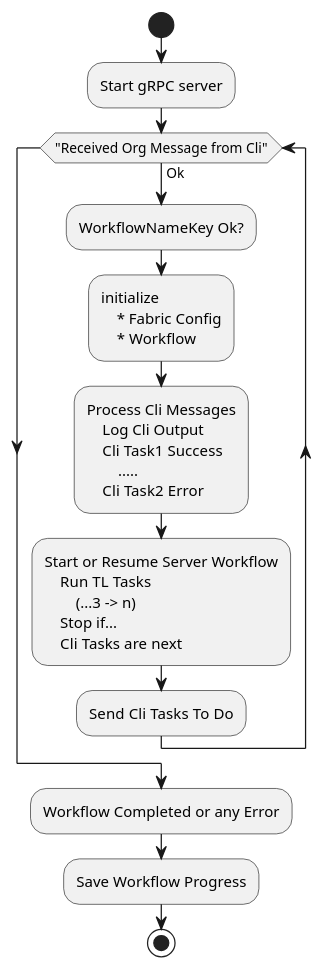
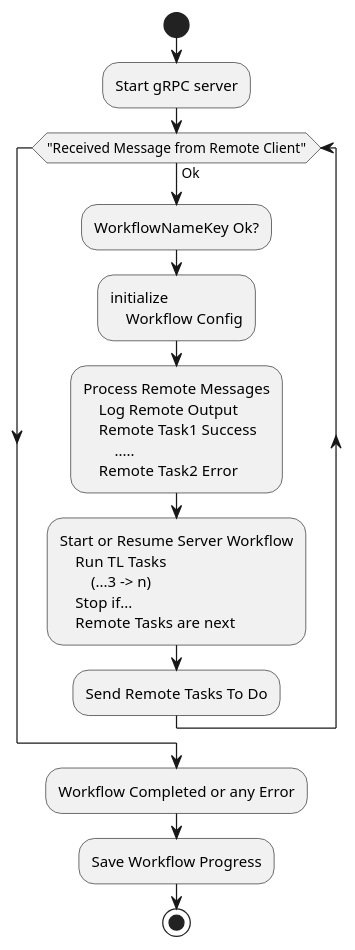
Before and after one commit to blewater/boxed: the diagram in docs/serverworkflow.puml, drawn with PlantUML. The commit also changed 8 other files, not shown here.

Commit message:
Cli to Remote, Puml edits

```diff
--- a/docs/serverworkflow.puml
+++ b/docs/serverworkflow.puml
@@ -1,32 +1,31 @@
 @startuml
 start
 :Start gRPC server;
 
-while ("Received Org Message from Cli") is (Ok)
+while ("Received Message from Remote Client") is (Ok)
     :WorkflowNameKey Ok?;
 
     :initialize
-        * Fabric Config
-        * Workflow;
+        Workflow Config;
 
-    :Process Cli Messages
-        Log Cli Output
-        Cli Task1 Success
+    :Process Remote Messages
+        Log Remote Output
+        Remote Task1 Success
             .....
-        Cli Task2 Error;
+        Remote Task2 Error;
 
 
     :Start or Resume Server Workflow
         Run TL Tasks
             (...3 -> n)
         Stop if...
-        Cli Tasks are next;
+        Remote Tasks are next;
 
-    :Send Cli Tasks To Do;
+    :Send Remote Tasks To Do;
 endwhile
 
 -Workflow Completed or any Error
 
 -Save Workflow Progress
 stop
 @enduml
```
